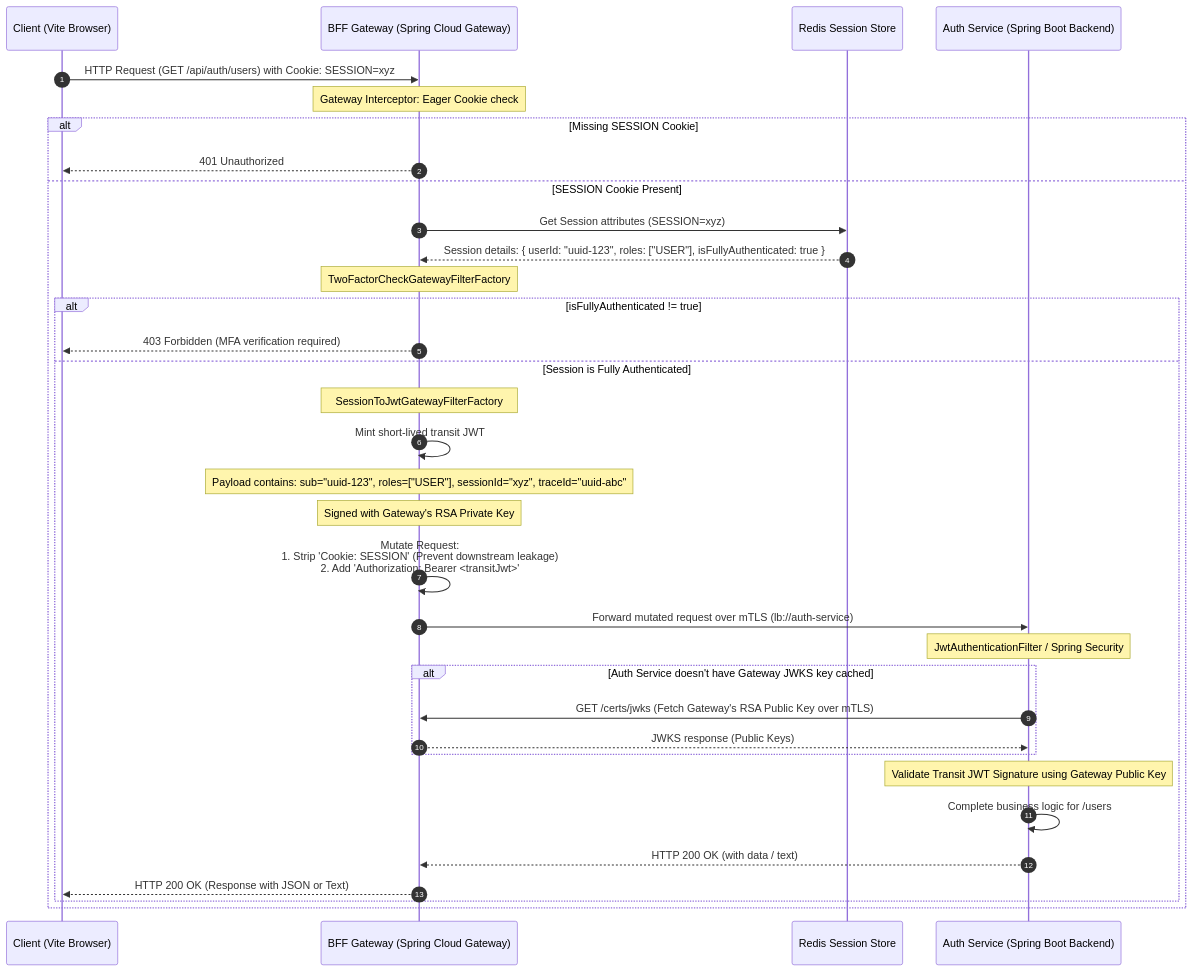
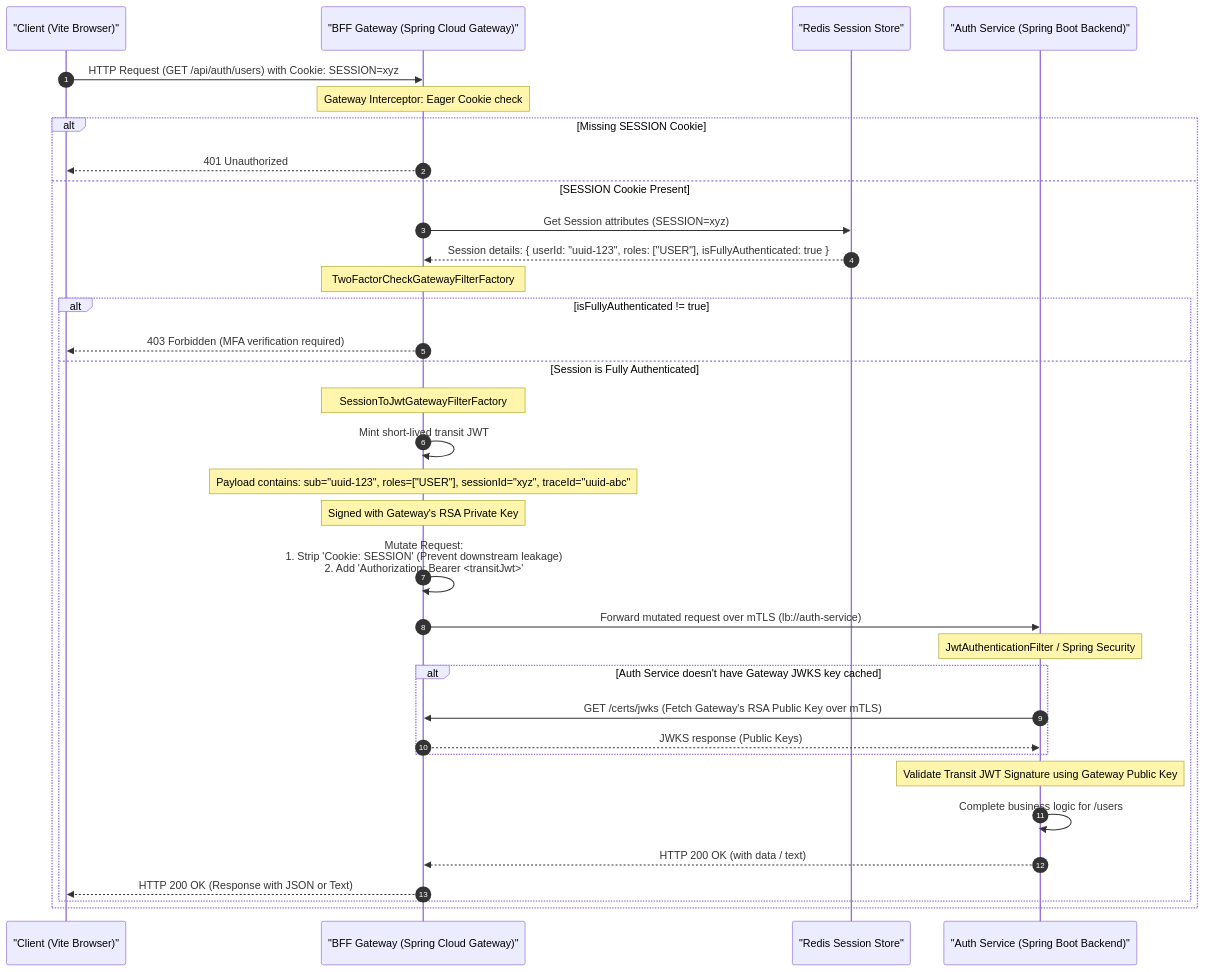
Before and after one commit to Laxuard/Chess: the second of 5 diagrams in docs/README.md, drawn with Mermaid. The commit also changed other lines of this file and 2 other files, not shown here.

Commit message:
docs: wrap mermaid sequence diagram participant labels in quotes to ensure proper rendering

````diff
--- a/docs/README.md
+++ b/docs/README.md
@@ -160,42 +160,42 @@
 ```mermaid
 sequenceDiagram
     autonumber
-    participant Client as Client (Vite Browser)
-    participant Gateway as BFF Gateway (Spring Cloud Gateway)
-    participant Redis as Redis Session Store
-    participant Auth as Auth Service (Spring Boot Backend)
+    participant Client as "Client (Vite Browser)"
+    participant Gateway as "BFF Gateway (Spring Cloud Gateway)"
+    participant Redis as "Redis Session Store"
+    participant Auth as "Auth Service (Spring Boot Backend)"
 
     Client->>Gateway: HTTP Request (GET /api/auth/users) with Cookie: SESSION=xyz
     Note over Gateway: Gateway Interceptor: Eager Cookie check
     alt Missing SESSION Cookie
         Gateway-->>Client: 401 Unauthorized
     else SESSION Cookie Present
         Gateway->>Redis: Get Session attributes (SESSION=xyz)
         Redis-->>Gateway: Session details: { userId: "uuid-123", roles: ["USER"], isFullyAuthenticated: true }
         
         Note over Gateway: TwoFactorCheckGatewayFilterFactory
         alt isFullyAuthenticated != true
             Gateway-->>Client: 403 Forbidden (MFA verification required)
         else Session is Fully Authenticated
             Note over Gateway: SessionToJwtGatewayFilterFactory
             Gateway->>Gateway: Mint short-lived transit JWT
             Note over Gateway: Payload contains: sub="uuid-123", roles=["USER"], sessionId="xyz", traceId="uuid-abc"
             Note over Gateway: Signed with Gateway's RSA Private Key
             
             Gateway->>Gateway: Mutate Request:<br>1. Strip 'Cookie: SESSION' (Prevent downstream leakage)<br>2. Add 'Authorization: Bearer <transitJwt>'
             
             Gateway->>Auth: Forward mutated request over mTLS (lb://auth-service)
             
             Note over Auth: JwtAuthenticationFilter / Spring Security
             alt Auth Service doesn't have Gateway JWKS key cached
                 Auth->>Gateway: GET /certs/jwks (Fetch Gateway's RSA Public Key over mTLS)
                 Gateway-->>Auth: JWKS response (Public Keys)
             end
             Note over Auth: Validate Transit JWT Signature using Gateway Public Key
             
             Auth->>Auth: Complete business logic for /users
             Auth-->>Gateway: HTTP 200 OK (with data / text)
             Gateway-->>Client: HTTP 200 OK (Response with JSON or Text)
         end
     end
 ```
````
